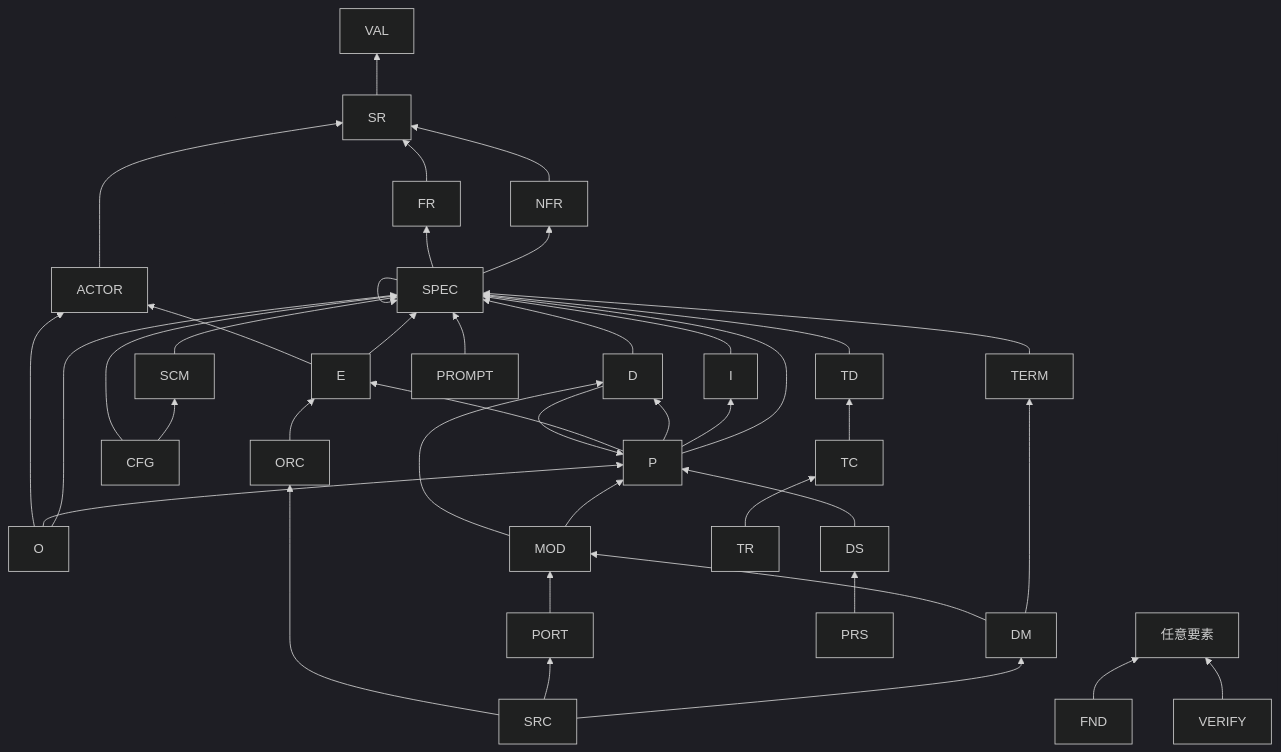
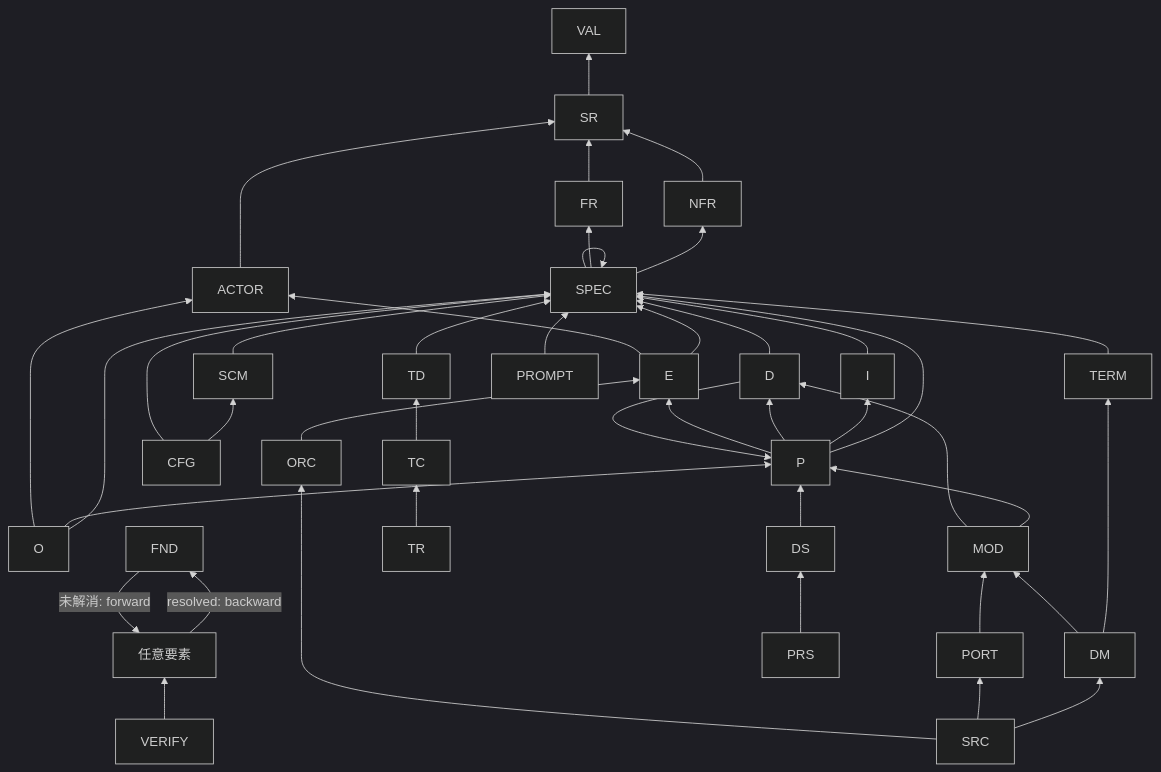
Before and after one commit to hiratashinnya/review-system: the diagram in docs/doc-system/03-connection-matrix.md, drawn with Mermaid (dark theme). The commit also changed other lines of this file and 8 other files, not shown here.

````diff
--- a/docs/doc-system/03-connection-matrix.md
+++ b/docs/doc-system/03-connection-matrix.md
@@ -17,43 +17,44 @@
 ```mermaid
 flowchart BT
   SR --> VAL
   FR --> SR
   NFR --> SR
   SPEC --> NFR
   SPEC --> FR
   SPEC --> SPEC
   TERM --> SPEC
   ACTOR --> SR
   I --> SPEC
   O --> SPEC
   O --> P
   O --> ACTOR
   D --> SPEC
   D --> P
   P --> SPEC
   P --> I
   P --> D
   P --> E
   E --> SPEC
   E --> ACTOR
   ORC --> E
   DS --> P
   MOD --> P
   MOD --> D
   DM --> TERM
   DM --> MOD
   PORT --> MOD
   PRS --> DS
   SCM --> SPEC
   CFG --> SCM
   CFG --> SPEC
   PROMPT --> SPEC
   SRC --> DM
   SRC --> PORT
   SRC --> ORC
   TD --> SPEC
   TC --> TD
   TR --> TC
   VERIFY --> 任意要素
-  FND --> 任意要素
+  FND -->|未解消: forward| 任意要素
+  任意要素 -->|resolved: backward| FND
 ```
````
